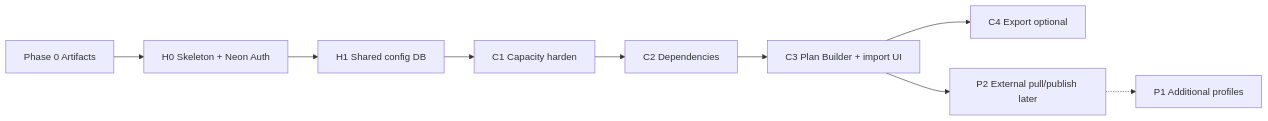
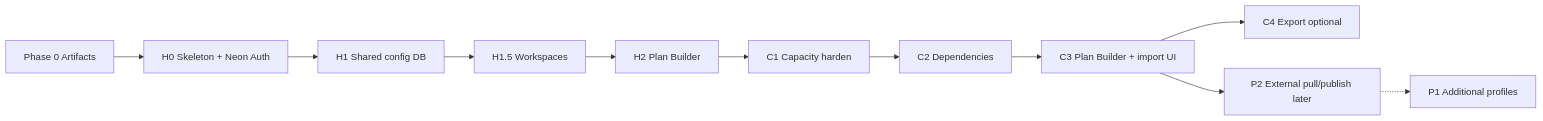
One commit to inaayat/one-more-column changed the diagram in BUILD_PLAN.md. Above: the diagram before and after it, drawn with Mermaid. The commit also changed other lines of this file and 10 other files, not shown here.

````diff
--- a/BUILD_PLAN.md
+++ b/BUILD_PLAN.md
@@ -27,11 +27,13 @@
 ```mermaid
 flowchart LR
   P0[Phase 0 Artifacts] --> H0[H0 Skeleton + Neon Auth]
   H0 --> H1[H1 Shared config DB]
-  H1 --> C1[C1 Capacity harden]
+  H1 --> H15[H1.5 Workspaces]
+  H15 --> H2[H2 Plan Builder]
+  H2 --> C1[C1 Capacity harden]
   C1 --> C2[C2 Dependencies]
   C2 --> C3[C3 Plan Builder + import UI]
   C3 --> C4[C4 Export optional]
   C3 --> P2[P2 External pull/publish later]
   P2 -.-> P1[P1 Additional profiles]
 ```
````
